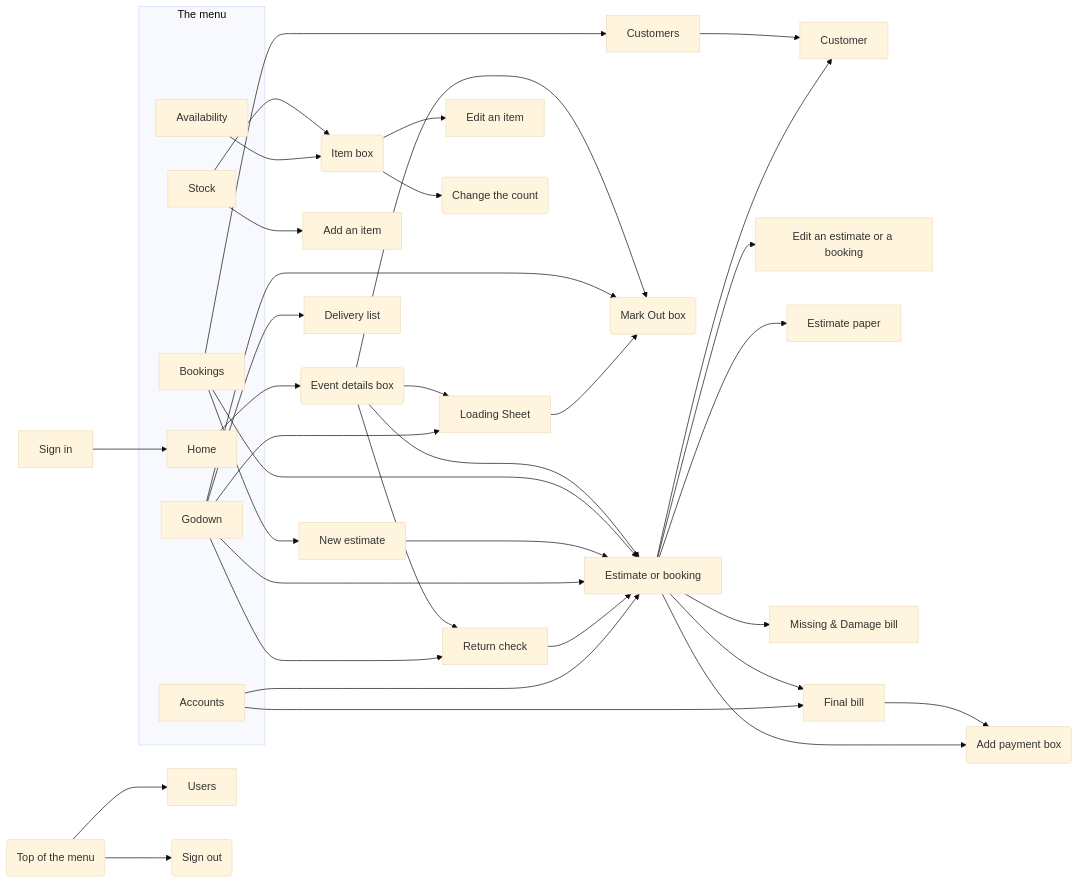
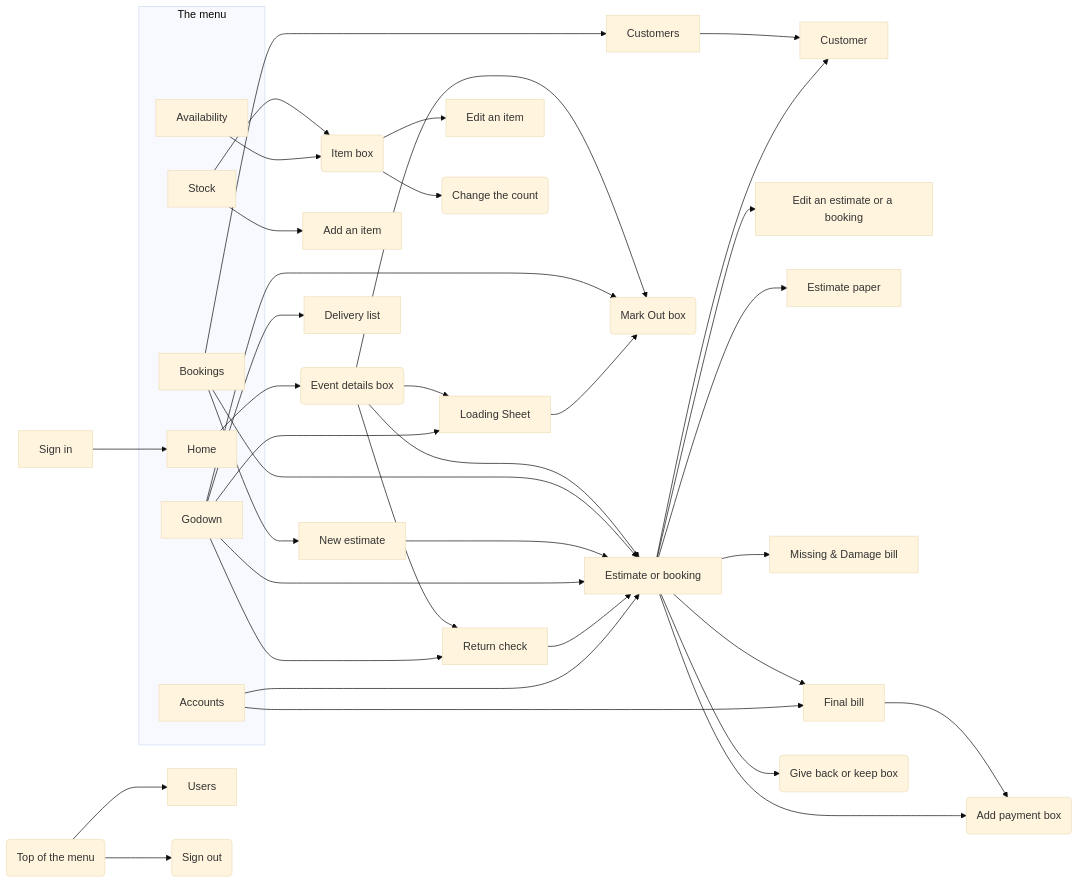
One commit to Irshaduu/rentalos changed the diagram in docs/SCREENS.md. Above: the diagram before and after it, drawn with Mermaid (base theme). The commit also changed other lines of this file and 4 other files, not shown here.

````diff
--- a/docs/SCREENS.md
+++ b/docs/SCREENS.md
@@ -85,52 +86,53 @@
 ```mermaid
 flowchart LR
     signin["Sign in"] --> home
 
     subgraph menu ["The menu"]
         home["Home"]
         avail["Availability"]
         bookings["Bookings"]
         godown["Godown"]
         accounts["Accounts"]
         stock["Stock"]
     end
 
     top("Top of the menu") --> users["Users"]
     top --> signout("Sign out")
 
     home --> evbox("Event details box")
     evbox --> booking
     evbox --> sheet
     evbox --> markout
     evbox --> returncheck
 
     stock --> itembox("Item box")
     avail --> itembox
     stock --> additem["Add an item"]
     itembox --> edititem["Edit an item"]
     itembox --> count("Change the count")
 
     bookings --> newest["New estimate"]
     bookings --> booking["Estimate or booking"]
     bookings --> customers["Customers"]
     customers --> customer["Customer"]
     newest --> booking
     booking --> customer
     booking --> editbooking["Edit an estimate or a booking"]
     booking --> estpaper["Estimate paper"]
     booking --> mdbill["Missing & Damage bill"]
     booking --> bill
 
     godown --> sheet["Loading Sheet"]
     godown --> delivery["Delivery list"]
     godown --> markout("Mark Out box")
     sheet --> markout
     godown --> returncheck["Return check"]
     godown --> booking
     returncheck --> booking
 
     accounts --> bill["Final bill"]
     accounts --> booking
     bill --> pay("Add payment box")
     booking --> pay
+    booking --> giveback("Give back or keep box")
 ```
````
